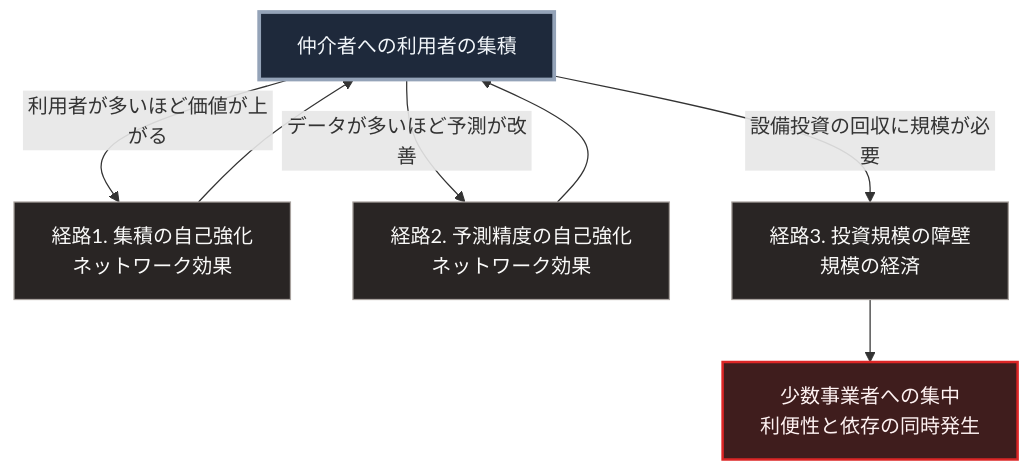
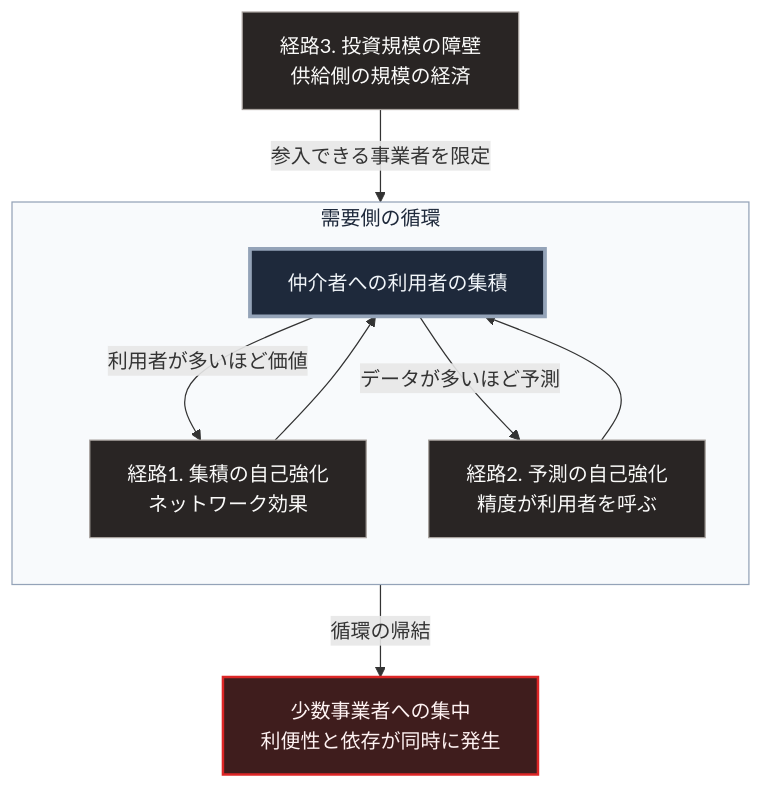
Before and after one commit to Takenori-Kusaka/zenn-content: the diagram in books/sovereign-resilience-blueprint/15_platform-capitalism-centralization.md, drawn with Mermaid. The commit also changed other lines of this file and 114 other files, not shown here.

````diff
--- a/books/sovereign-resilience-blueprint/15_platform-capitalism-centralization.md
+++ b/books/sovereign-resilience-blueprint/15_platform-capitalism-centralization.md
@@ -57,16 +57,21 @@
 ```mermaid
 flowchart TD
-    P[仲介者への利用者の集積]
-    P -->|利用者が多いほど価値が上がる| E1[経路1. 集積の自己強化<br>ネットワーク効果]
-    P -->|データが多いほど予測が改善| E2[経路2. 予測精度の自己強化<br>ネットワーク効果]
-    P -->|設備投資の回収に規模が必要| E3[経路3. 投資規模の障壁<br>規模の経済]
-    E1 --> P
-    E2 --> P
-    E3 --> C[少数事業者への集中<br>利便性と依存の同時発生]
+    subgraph G[需要側の循環]
+        direction TB
+        P[仲介者への利用者の集積]
+        P -->|利用者が多いほど価値| E1[経路1. 集積の自己強化<br>ネットワーク効果]
+        P -->|データが多いほど予測| E2[経路2. 予測の自己強化<br>精度が利用者を呼ぶ]
+        E1 --> P
+        E2 --> P
+    end
+    E3[経路3. 投資規模の障壁<br>供給側の規模の経済]
+    E3 -->|参入できる事業者を限定| G
+    G -->|循環の帰結| C[少数事業者への集中<br>利便性と依存が同時に発生]
 
     style P fill:#1e293b,stroke:#94a3b8,stroke-width:3px,color:#f1f5f9
     style E1 fill:#292524,stroke:#a8a29e,color:#fafaf9
     style E2 fill:#292524,stroke:#a8a29e,color:#fafaf9
     style E3 fill:#292524,stroke:#a8a29e,color:#fafaf9
     style C fill:#3f1d1d,stroke:#dc2626,stroke-width:2px,color:#fef2f2
+    style G fill:#f8fafc,stroke:#94a3b8,color:#1e293b
 ```
````
